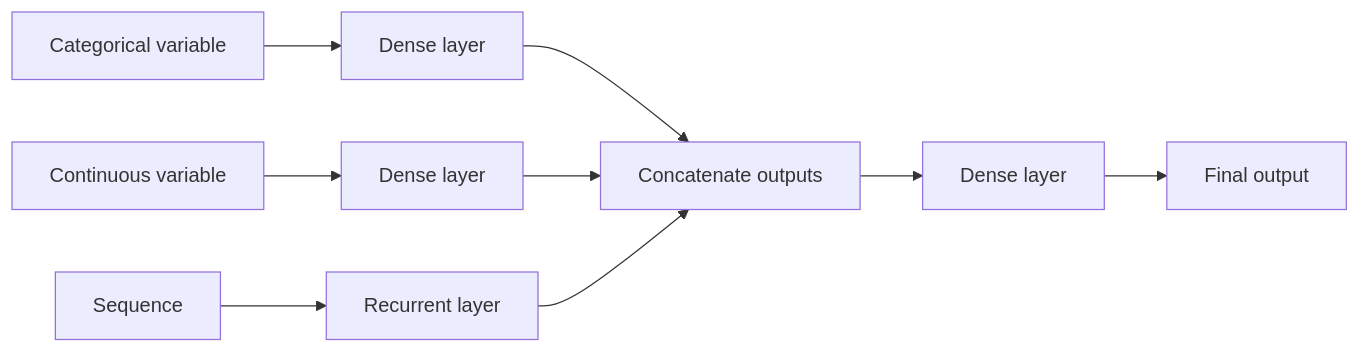
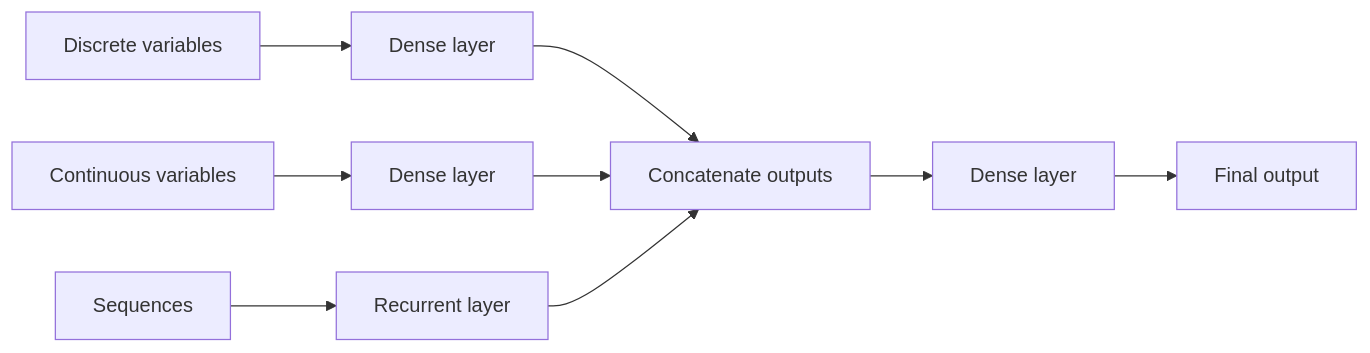
One commit to bulka4/obsidian-notes-IT-personal-projects-and-knowledge-base changed the first of 2 diagrams in 3 - Notes/Machine Learning - Mix of different types of input variables.md. Above: the diagram before and after it, drawn with Mermaid. The commit also changed other lines of this file and 137 other files, not shown here.

````diff
--- a/3 - Notes/Machine Learning - Mix of different types of input variables.md
+++ b/3 - Notes/Machine Learning - Mix of different types of input variables.md
@@ -10,13 +10,13 @@
 ```mermaid
 flowchart LR
-A[Categorical variable] --> B[Dense layer]
-C[Continuous variable] --> D[Dense layer]
-E[Sequence] --> F[Recurrent layer]
+A[Discrete variables] --> B[Dense layer]
+C[Continuous variables] --> D[Dense layer]
+E[Sequences] --> F[Recurrent layer]
 
 B --> G[Concatenate outputs]
 D --> G
 F --> G
 
 G --> H[Dense layer]
 H --> I[Final output]
 ```
````
